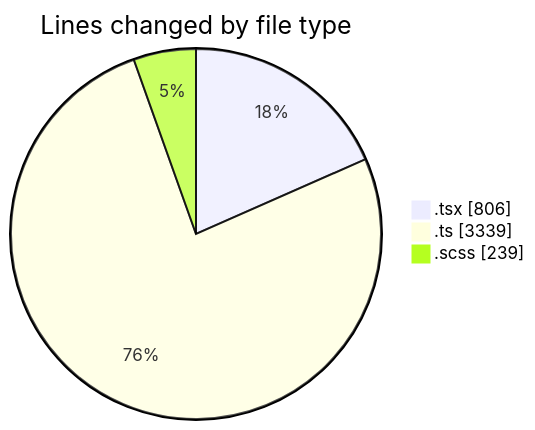
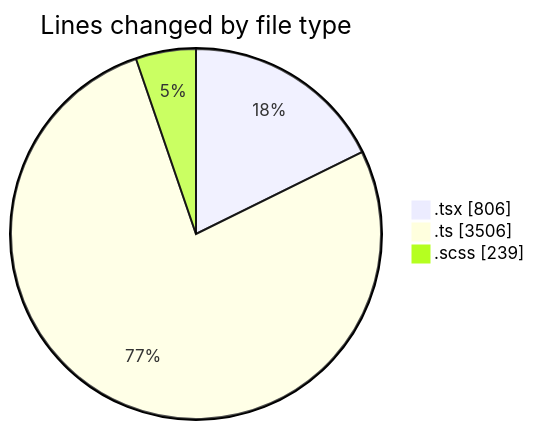
The first of 2 diagrams in 2025-09-17/cda/README.md (momahboobian/code-tracking), drawn with Mermaid before and after one commit. The commit also changed other lines of this file and 1 other file, not shown here.

````diff
--- a/2025-09-17/cda/README.md
+++ b/2025-09-17/cda/README.md
@@ -25,7 +26,7 @@
 ```mermaid
 pie showData
 title Lines changed by file type
 ".tsx" : 806
-".ts" : 3339
+".ts" : 3506
 ".scss" : 239
 ```
````
